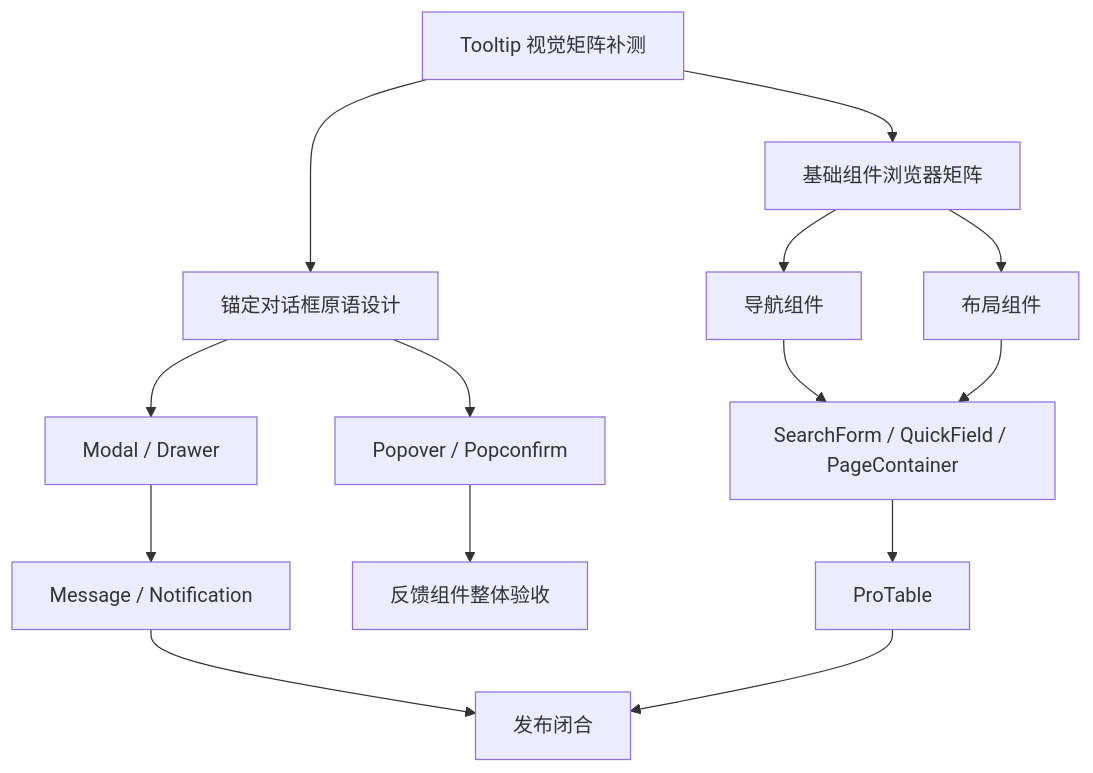
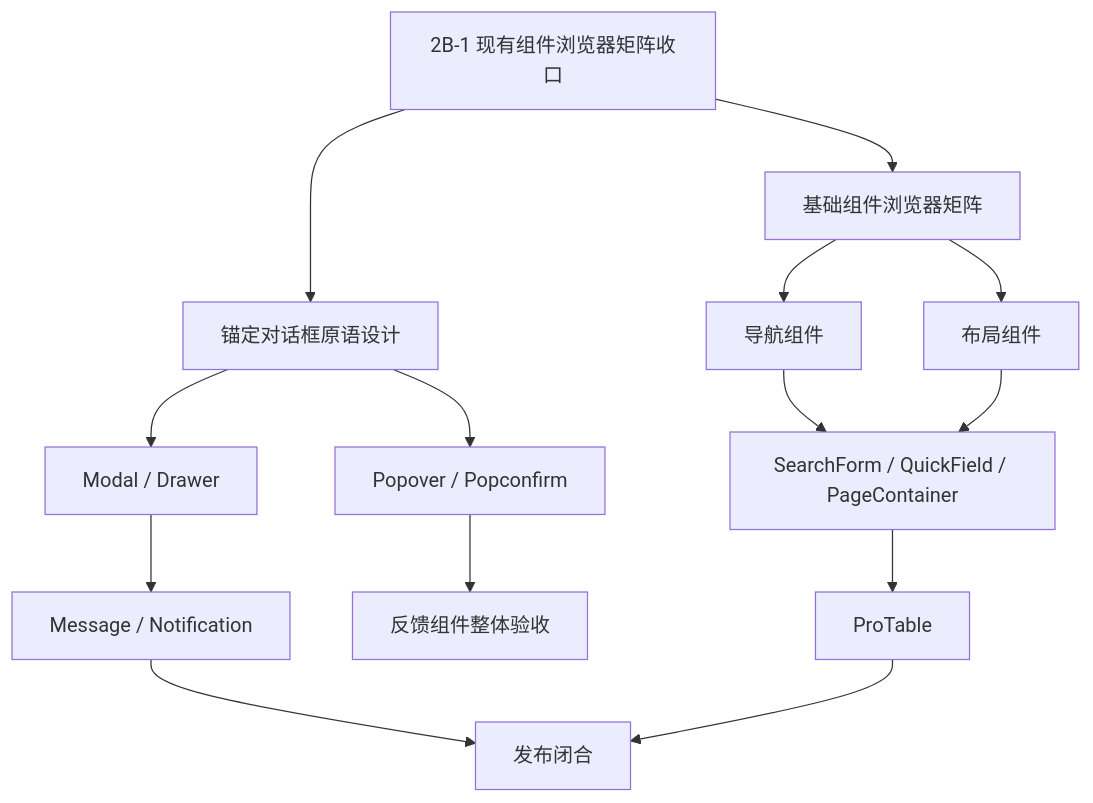
Before and after one commit to 1eonz/lz-ui: the diagram in docs/roadmap.md, drawn with Mermaid. The commit also changed other lines of this file and 10 other files, not shown here.

````diff
--- a/docs/roadmap.md
+++ b/docs/roadmap.md
@@ -45,16 +45,16 @@
 ```mermaid
 flowchart TD
-  A[Tooltip 视觉矩阵补测] --> B[锚定对话框原语设计]
+  A[2B-1 现有组件浏览器矩阵收口] --> B[锚定对话框原语设计]
   B --> C[Popover / Popconfirm]
   B --> D[Modal / Drawer]
   D --> E[Message / Notification]
   C --> F[反馈组件整体验收]
   A --> G[基础组件浏览器矩阵]
   G --> H[导航组件]
   G --> I[布局组件]
   H --> J[SearchForm / QuickField / PageContainer]
   I --> J
   J --> K[ProTable]
   E --> L[发布闭合]
   K --> L
 ```
````
